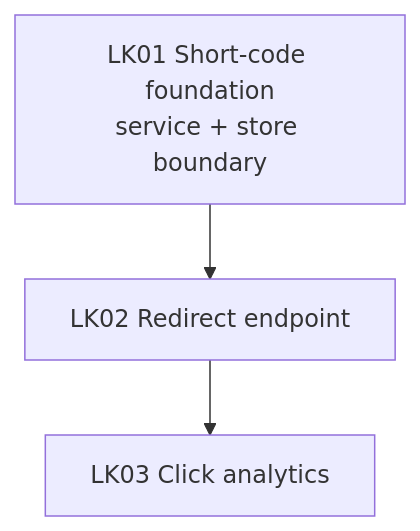
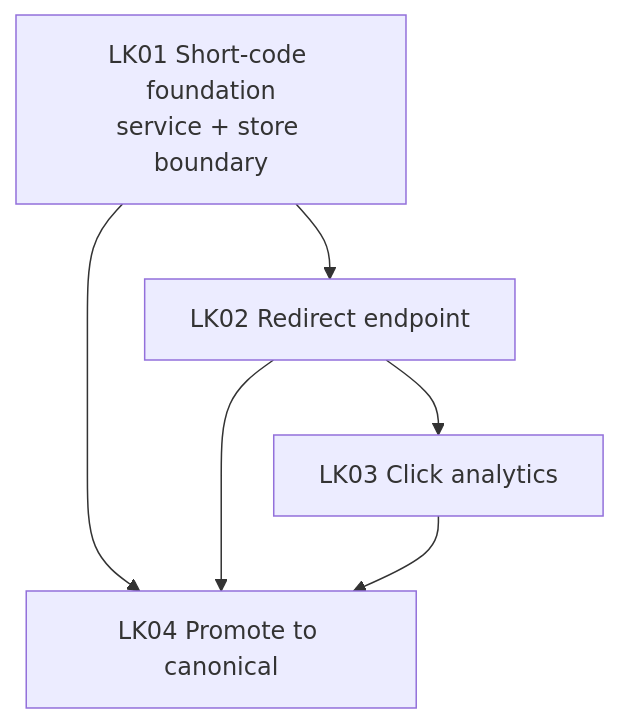
Before and after one commit to aryeko/agentic-workflow-kit: the diagram in plugins/agentic-workflow-kit/examples/example-tracker/README.md, drawn with Mermaid. The commit also changed other lines of this file and 9 other files, not shown here.

````diff
--- a/plugins/agentic-workflow-kit/examples/example-tracker/README.md
+++ b/plugins/agentic-workflow-kit/examples/example-tracker/README.md
@@ -31,9 +31,13 @@
 ```mermaid
 flowchart TD
   LK01[LK01 Short-code foundation<br/>service + store boundary]
   LK02[LK02 Redirect endpoint]
   LK03[LK03 Click analytics]
+  LK04[LK04 Promote to canonical]
 
   LK01 --> LK02
   LK02 --> LK03
+  LK01 --> LK04
+  LK02 --> LK04
+  LK03 --> LK04
 ```
````
